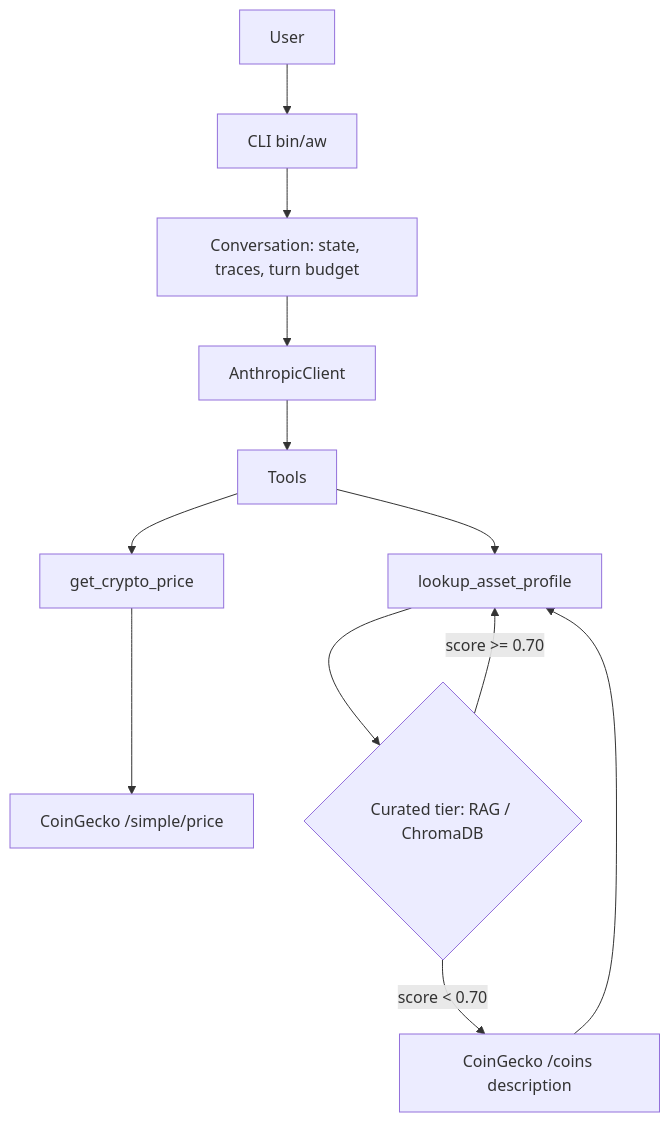
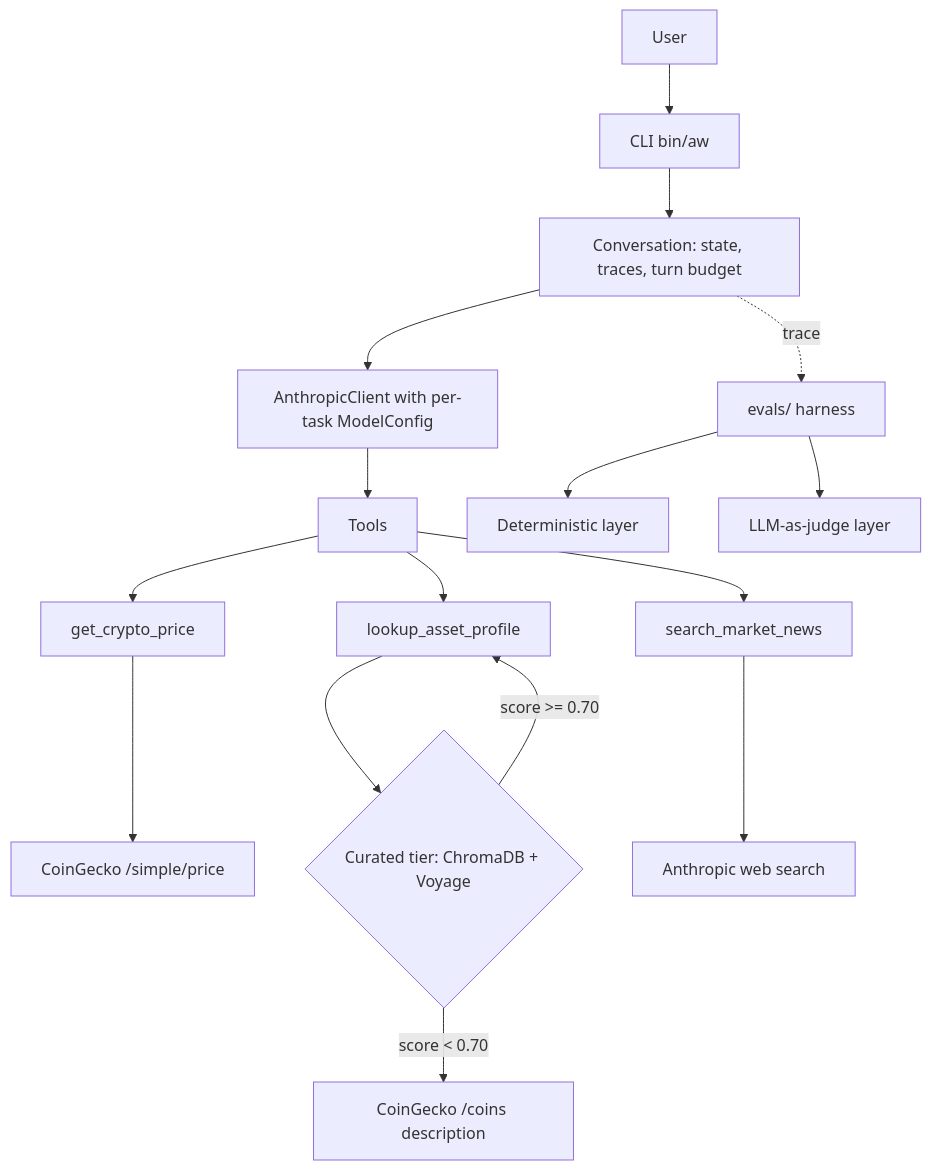
The diagram in README.md (axwxtson/AWAnalysis), drawn with Mermaid before and after one commit. The commit also changed other lines of this file and 3 other files, not shown here.

````diff
--- a/README.md
+++ b/README.md
@@ -43,14 +80,18 @@
 ```mermaid
 flowchart TD
     User --> CLI[CLI bin/aw]
     CLI --> Conv[Conversation: state, traces, turn budget]
-    Conv --> Client[AnthropicClient]
+    Conv --> Client[AnthropicClient with per-task ModelConfig]
     Client --> Tools[Tools]
     Tools --> Price[get_crypto_price]
     Tools --> Profile[lookup_asset_profile]
+    Tools --> News[search_market_news]
     Price --> CG1[CoinGecko /simple/price]
-    Profile --> Curated{Curated tier: RAG / ChromaDB}
+    Profile --> Curated{Curated tier: ChromaDB + Voyage}
     Curated -->|score >= 0.70| Profile
     Curated -->|score < 0.70| CG2[CoinGecko /coins description]
-    CG2 --> Profile
+    News --> WS[Anthropic web search]
+    Conv -.trace.-> Evals[evals/ harness]
+    Evals --> Det[Deterministic layer]
+    Evals --> Judge[LLM-as-judge layer]
 ```
````
